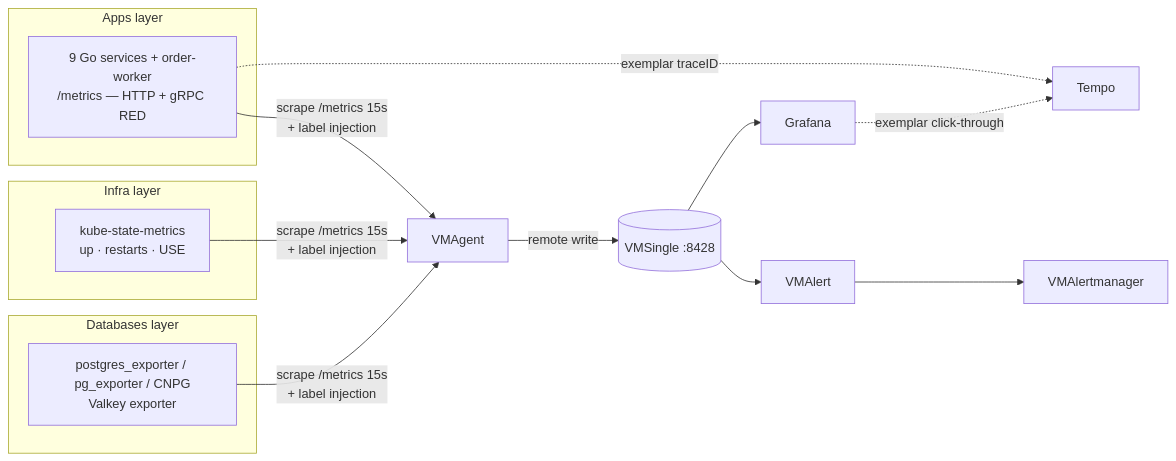
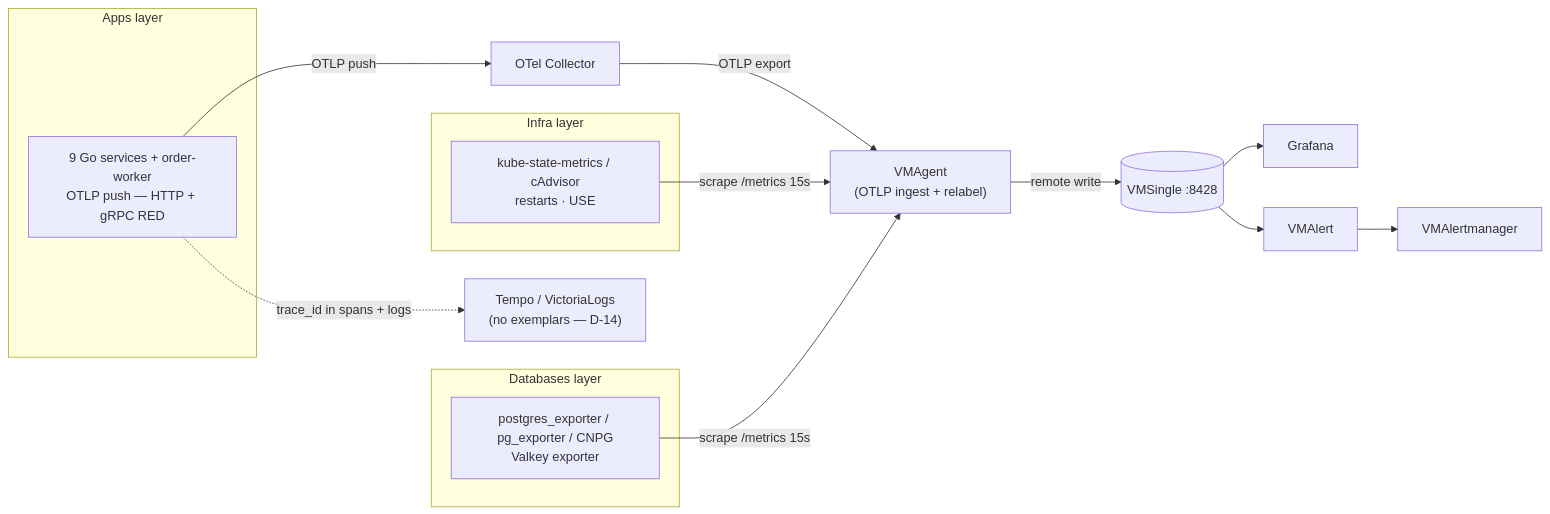
One commit to duynhlab/homelab changed the second of 2 diagrams in docs/observability/metrics/README.md. Above: the diagram before and after it, drawn with Mermaid. The commit also changed other lines of this file and 24 other files, not shown here.

````diff
--- a/docs/observability/metrics/README.md
+++ b/docs/observability/metrics/README.md
@@ -87,19 +97,20 @@
 ```mermaid
 flowchart LR
     subgraph apps["Apps layer"]
-        SVC["9 Go services + order-worker<br/>/metrics — HTTP + gRPC RED"]
+        SVC["9 Go services + order-worker<br/>OTLP push — HTTP + gRPC RED"]
     end
     subgraph infra["Infra layer"]
-        KSM["kube-state-metrics<br/>up · restarts · USE"]
+        KSM["kube-state-metrics / cAdvisor<br/>restarts · USE"]
     end
     subgraph db["Databases layer"]
         PGE["postgres_exporter / pg_exporter / CNPG<br/>Valkey exporter"]
     end
 
-    SVC & KSM & PGE -->|"scrape /metrics 15s<br/>+ label injection"| VMA["VMAgent"]
+    SVC -->|"OTLP push"| OTEL["OTel Collector"]
+    OTEL -->|"OTLP export"| VMA["VMAgent<br/>(OTLP ingest + relabel)"]
+    KSM & PGE -->|"scrape /metrics 15s"| VMA
     VMA -->|remote write| VMS[("VMSingle :8428")]
     VMS --> GRAF["Grafana"]
     VMS --> VMAL["VMAlert"] --> AM["VMAlertmanager"]
-    SVC -. "exemplar traceID" .-> TEMPO["Tempo"]
-    GRAF -. "exemplar click-through" .-> TEMPO
+    SVC -. "trace_id in spans + logs" .-> CORR["Tempo / VictoriaLogs<br/>(no exemplars — D-14)"]
 ```
````
